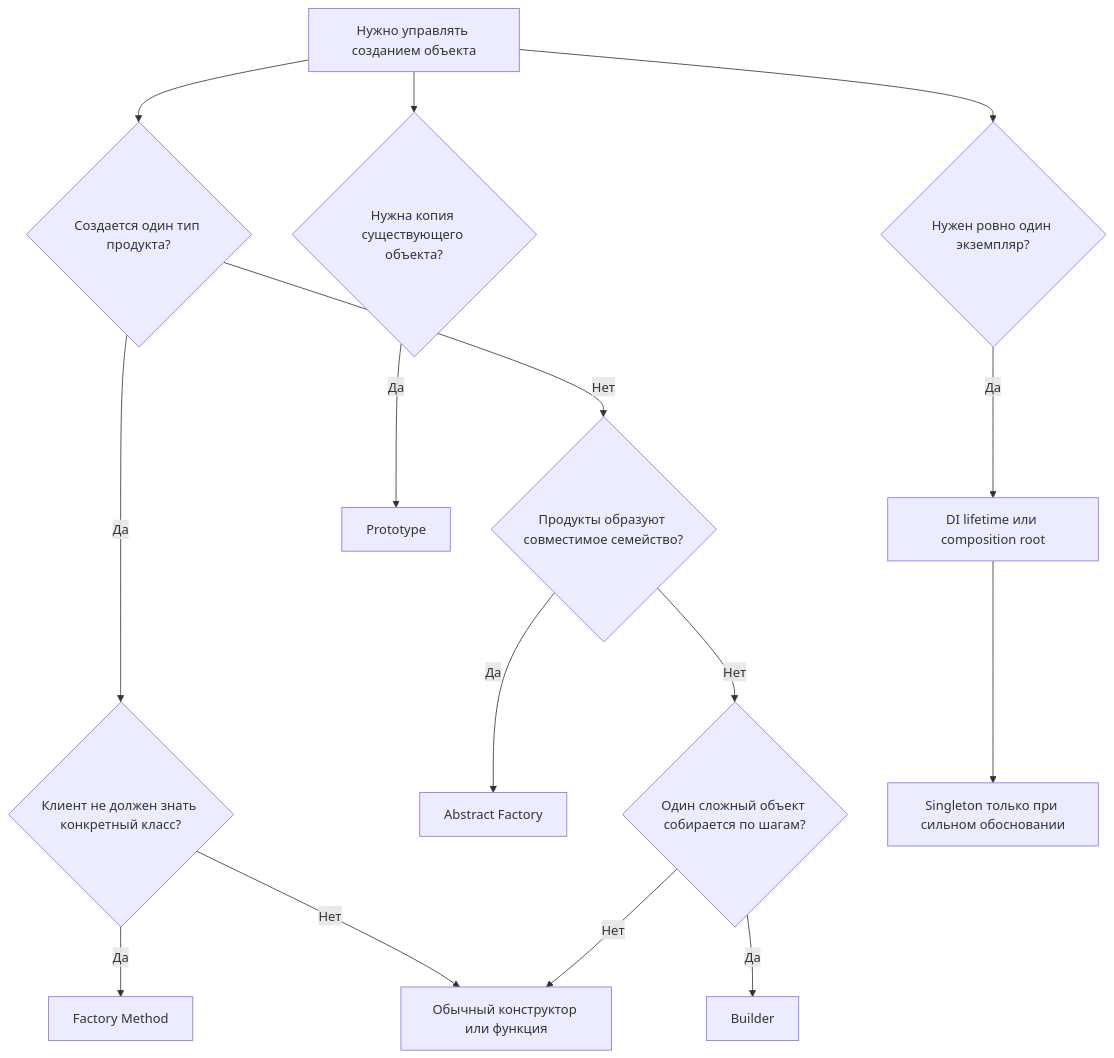
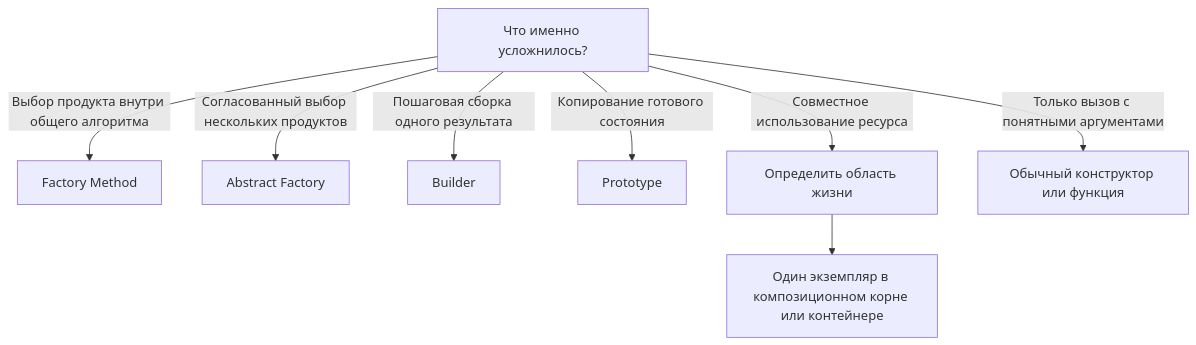
Diagram 16 of 16 in content/lectures/Lec4/vitepress.md (Kert0n/KPO), drawn with Mermaid before and after one commit. The commit also changed other lines of this file, not shown here.

````diff
--- a/content/lectures/Lec4/vitepress.md
+++ b/content/lectures/Lec4/vitepress.md
@@ -1621,20 +1699,10 @@
 ```mermaid
 flowchart TD
-  Start[Нужно управлять созданием объекта] --> One{Создается один тип продукта?}
-  One -->|Да| Unknown{Клиент не должен знать конкретный класс?}
-  Unknown -->|Да| FM[Factory Method]
-  Unknown -->|Нет| Constructor[Обычный конструктор или функция]
-
-  One -->|Нет| Family{Продукты образуют совместимое семейство?}
-  Family -->|Да| AF[Abstract Factory]
-  Family -->|Нет| Complex{Один сложный объект собирается по шагам?}
-  Complex -->|Да| Builder[Builder]
-  Complex -->|Нет| Constructor
-
-  Start --> Copy{Нужна копия существующего объекта?}
-  Copy -->|Да| Prototype[Prototype]
-
-  Start --> Single{Нужен ровно один экземпляр?}
-  Single -->|Да| Lifecycle[DI lifetime или composition root]
-  Lifecycle --> Singleton[Singleton только при сильном обосновании]
+  Start[Что именно усложнилось?] -->|Выбор продукта внутри общего алгоритма| FM[Factory Method]
+  Start -->|Согласованный выбор нескольких продуктов| AF[Abstract Factory]
+  Start -->|Пошаговая сборка одного результата| Builder[Builder]
+  Start -->|Копирование готового состояния| Prototype[Prototype]
+  Start -->|Совместное использование ресурса| Lifecycle[Определить область жизни]
+  Lifecycle --> Shared[Один экземпляр в композиционном корне или контейнере]
+  Start -->|Только вызов с понятными аргументами| Constructor[Обычный конструктор или функция]
 ```
````
